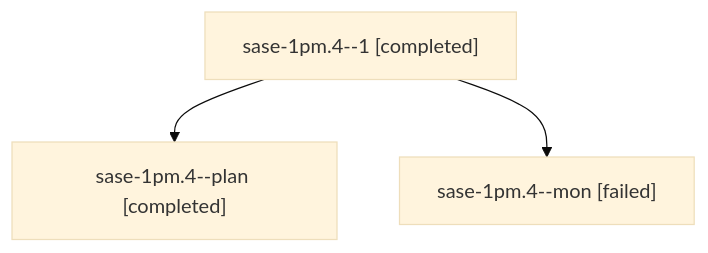
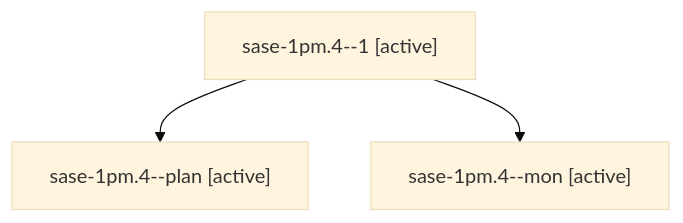
Before and after one commit to sase-org/sase--agents: the diagram in sessions/bbugyi200.athena.sase-1pm.4.md, drawn with Mermaid (base theme). The commit also changed other lines of this file and 115 other files, not shown here.

````diff
--- a/sessions/bbugyi200.athena.sase-1pm.4.md
+++ b/sessions/bbugyi200.athena.sase-1pm.4.md
@@ -9,8 +9,8 @@
 ```mermaid
 flowchart TD
-  n0["sase-1pm.4--1 [completed]"]
-  n1["sase-1pm.4--plan [completed]"]
+  n0["sase-1pm.4--1 [active]"]
+  n1["sase-1pm.4--plan [active]"]
   n0 --> n1
-  n2["sase-1pm.4--mon [failed]"]
+  n2["sase-1pm.4--mon [active]"]
   n0 --> n2
 ```
````
